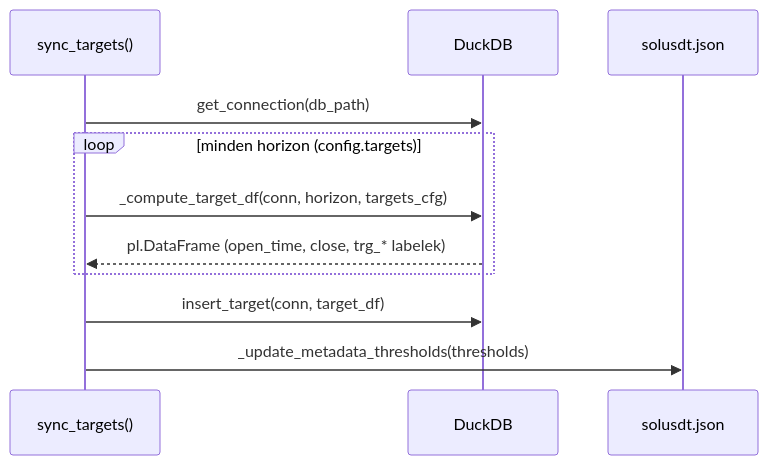
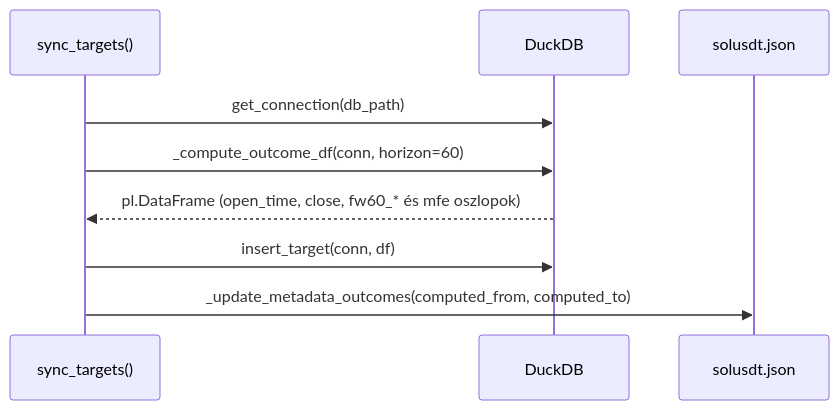
The diagram in _doc_/1240_sync_targets.md (Nemesis14/chronoquant), drawn with Mermaid before and after one commit. The commit also changed other lines of this file and 122 other files, not shown here.

````diff
--- a/_doc_/1240_sync_targets.md
+++ b/_doc_/1240_sync_targets.md
@@ -23,14 +24,12 @@
 ```mermaid
 sequenceDiagram
     participant SYNC as sync_targets()
     participant DB as DuckDB
     participant META as solusdt.json
 
     SYNC->>DB: get_connection(db_path)
-    loop minden horizon (config.targets)
-        SYNC->>DB: _compute_target_df(conn, horizon, targets_cfg)
-        DB-->>SYNC: pl.DataFrame (open_time, close, trg_* labelek)
-    end
-    SYNC->>DB: insert_target(conn, target_df)
-    SYNC->>META: _update_metadata_thresholds(thresholds)
+    SYNC->>DB: _compute_outcome_df(conn, horizon=60)
+    DB-->>SYNC: pl.DataFrame (open_time, close, fw60_* és mfe oszlopok)
+    SYNC->>DB: insert_target(conn, df)
+    SYNC->>META: _update_metadata_outcomes(computed_from, computed_to)
 ```
````
